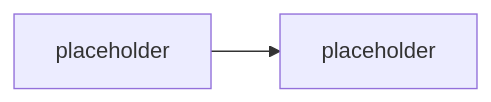
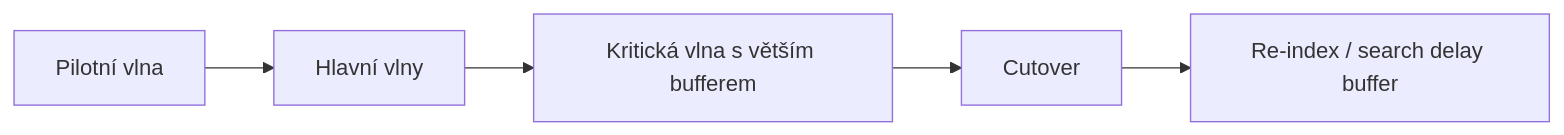
Before and after one commit to MalasekPetr/gopas-goc223: the diagram in day-2/migration-patterns/README.md, drawn with Mermaid. The commit also changed other lines of this file and 8 other files, not shown here.

First line of the commit message:
Expand Day 2 to full depth: Graph fundamentals, staging environments, migration patterns

````diff
--- a/day-2/migration-patterns/README.md
+++ b/day-2/migration-patterns/README.md
@@ -20,5 +37,7 @@
 ```mermaid
-%% TODO: diagram — wave plan: pilot vlna -> hlavní vlny -> kritická vlna s bufferem
 flowchart LR
-  A[placeholder] --> B[placeholder]
+  A[Pilotní vlna] --> B[Hlavní vlny]
+  B --> C[Kritická vlna s větším bufferem]
+  C --> D[Cutover]
+  D --> E[Re-index / search delay buffer]
 ```
````
